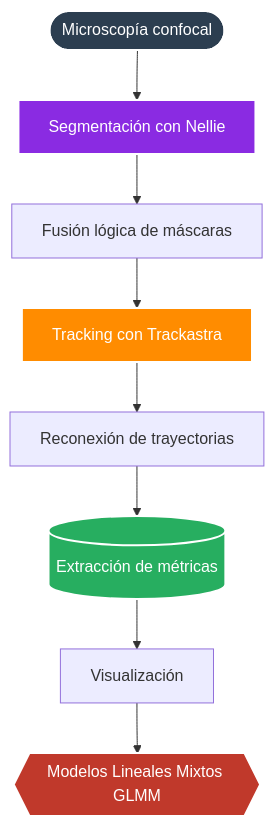
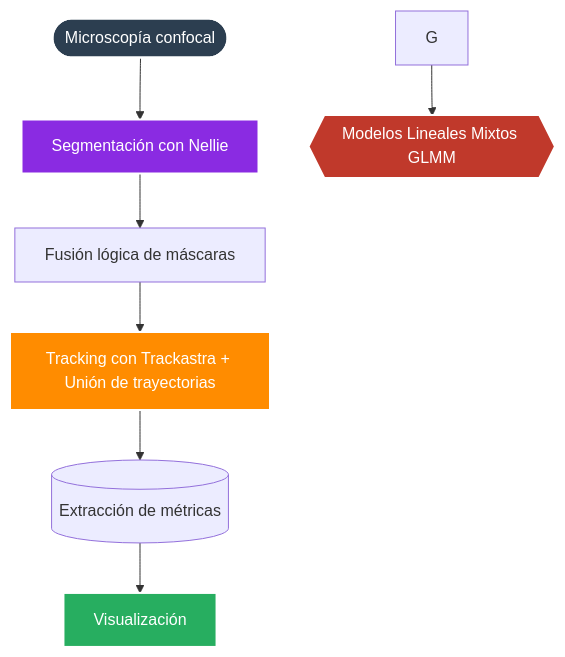
The diagram in README.md (lorenzocastror/Anexo-TFG), drawn with Mermaid before and after one commit.

````diff
--- a/README.md
+++ b/README.md
@@ -12,18 +12,17 @@
 ```mermaid
 graph TD
     %% Nodos de la secuencia
     A([Microscopía confocal]) --> B[Segmentación con Nellie]
     B --> C[Fusión lógica de máscaras]
-    C --> D[Tracking con Trackastra]
-    D --> E[Reconexión de trayectorias]
-    E --> F[(Extracción de métricas)]
-    F --> G[Visualización]
+    C --> D[Tracking con Trackastra + Unión de trayectorias]
+    D --> E[(Extracción de métricas)]
+    E --> F[Visualización]
     G --> H{{Modelos Lineales Mixtos GLMM}}
 
     %% Estilos de color para jerarquizar visualmente el flujo
     style A fill:#2c3e50,stroke:#fff,stroke-width:2px,color:#fff
     style B fill:#8a2be2,stroke:#fff,stroke-width:2px,color:#fff
     style D fill:#ff8c00,stroke:#fff,stroke-width:2px,color:#fff
     style F fill:#27ae60,stroke:#fff,stroke-width:2px,color:#fff
     style H fill:#c0392b,stroke:#fff,stroke-width:2px,color:#fff
 ```
````
